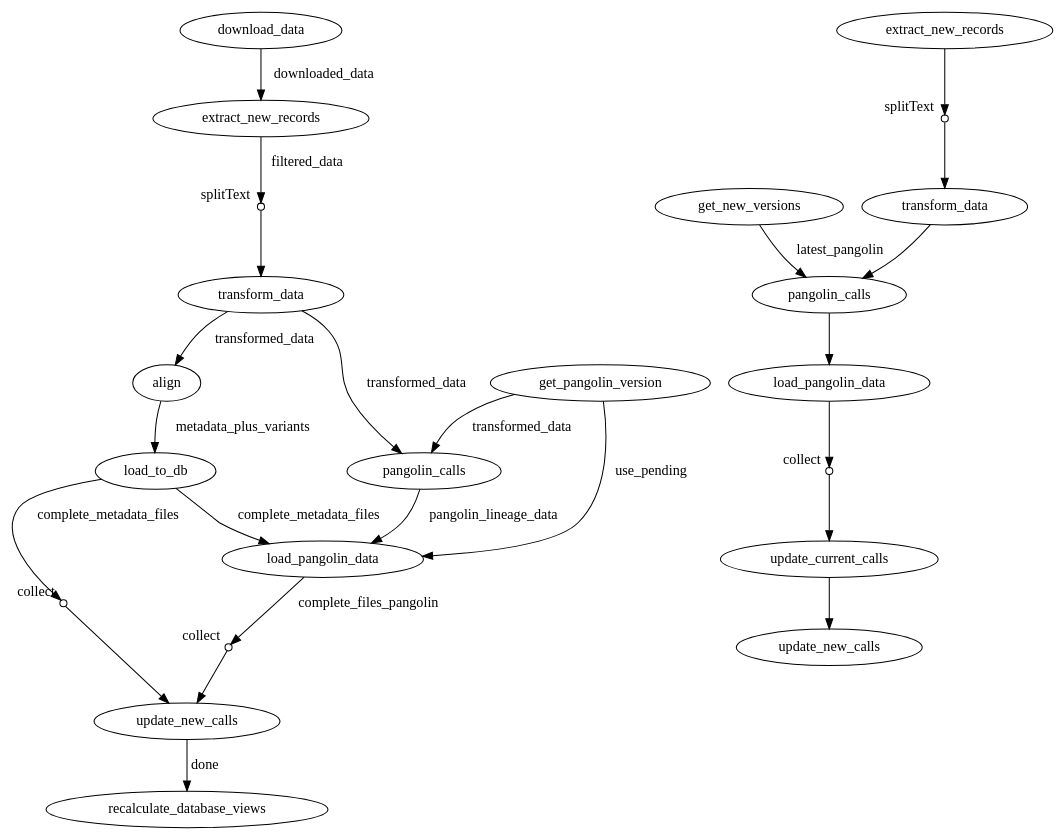
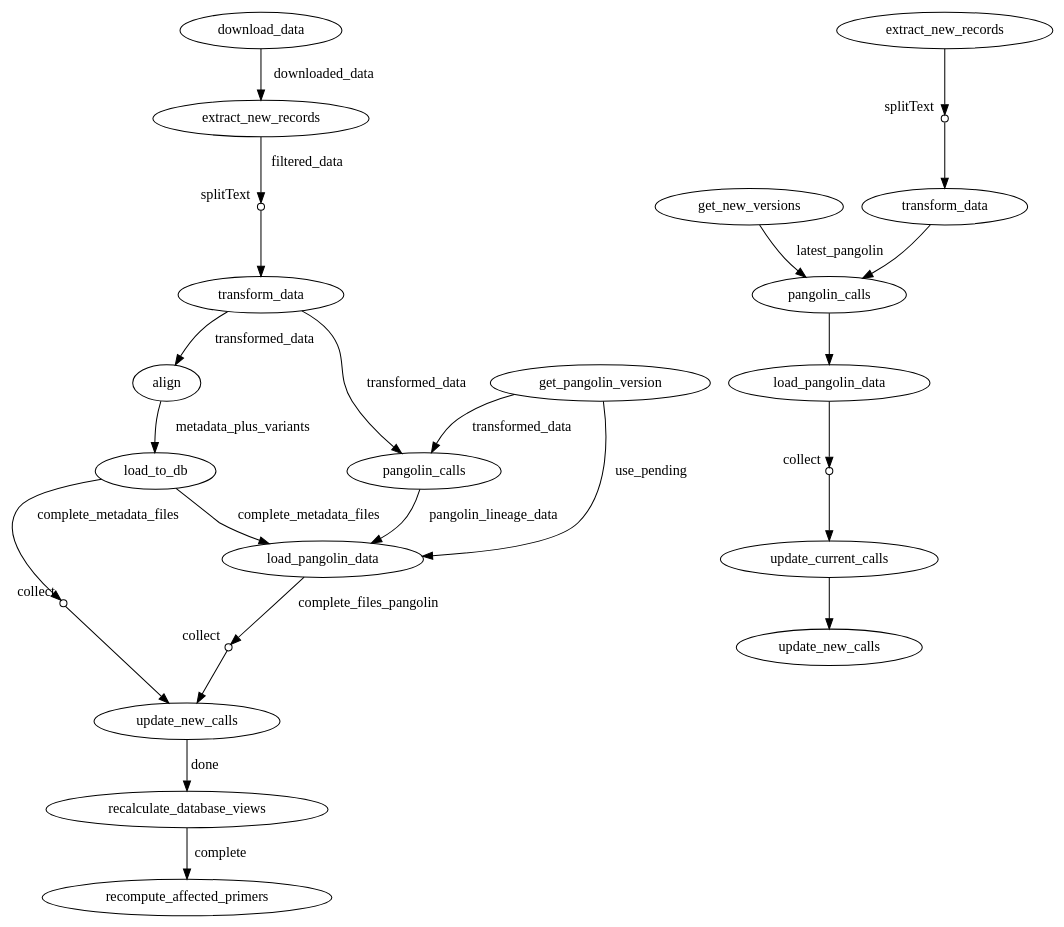
Before and after one commit to nebiolabs/primer_monitor: the diagram in pipeline_documentation.dot, drawn with Graphviz. The commit also changed 1 other file, not shown here.

```diff
--- a/pipeline_documentation.dot
+++ b/pipeline_documentation.dot
@@ -1,92 +1,96 @@
 digraph "dag2023060551263985" {
 p0 [label="download_data"];
 p1 [label="extract_new_records"];
 p0 -> p1 [label="downloaded_data"];
 
 p1 [label="extract_new_records"];
 p2 [shape=circle,label="",fixedsize=true,width=0.1,xlabel="splitText"];
 p1 -> p2 [label="filtered_data"];
 
 p2 [shape=circle,label="",fixedsize=true,width=0.1,xlabel="splitText"];
 p3 [label="transform_data"];
 p2 -> p3;
 
 p3 [label="transform_data"];
 p4 [label="align"];
 p3 -> p4 [label="transformed_data"];
 
 p4 [label="align"];
 p5 [label="load_to_db"];
 p4 -> p5 [label="metadata_plus_variants"];
 
 p5 [label="load_to_db"];
 p9 [shape=circle,label="",fixedsize=true,width=0.1,xlabel="collect"];
 p5 -> p9 [label="complete_metadata_files"];
 
 p5 [label="load_to_db"];
 p8 [label="load_pangolin_data"];
 p5 -> p8 [label="complete_metadata_files"];
 
 p6 [label="get_pangolin_version"];
 p7 [label="pangolin_calls"];
 p6 -> p7 [label="transformed_data"];
 
 p3 -> p7 [label="transformed_data"];
 
 p7 [label="pangolin_calls"];
 p8 [label="load_pangolin_data"];
 p7 -> p8 [label="pangolin_lineage_data"];
 
 p6 [label="get_pangolin_version"];
 p8 [label="load_pangolin_data"];
 p6 -> p8 [label="use_pending"];
 
 p8 [label="load_pangolin_data"];
 p10 [shape=circle,label="",fixedsize=true,width=0.1,xlabel="collect"];
 p8 -> p10 [label="complete_files_pangolin"];
 
 p9 [shape=circle,label="",fixedsize=true,width=0.1,xlabel="collect"];
 p11 [label="update_new_calls"];
 p9 -> p11;
 
 p10 [shape=circle,label="",fixedsize=true,width=0.1,xlabel="collect"];
 p11 [label="update_new_calls"];
 p10 -> p11;
 
 p11 [label="update_new_calls"];
 p12 [label="recalculate_database_views"];
 p11 -> p12 [label="done"];
 
+p12 [label="recalculate_database_views"];
+p13 [label="recompute_affected_primers"];
+p12 -> p13 [label="complete"];
+
 p0b [label="get_new_versions"];
 p4b [label="pangolin_calls"];
 p0b -> p4b [label="latest_pangolin"];
 
 p1b [label="extract_new_records"];
 p2b [shape=circle,label="",fixedsize=true,width=0.1,xlabel="splitText"];
 p1b -> p2b;
 
 p2b [shape=circle,label="",fixedsize=true,width=0.1,xlabel="splitText"];
 p3b [label="transform_data"];
 p2b -> p3b;
 
 p3b [label="transform_data"];
 p4b [label="pangolin_calls"];
 p3b -> p4b;
 
 p4b [label="pangolin_calls"];
 p5b [label="load_pangolin_data"];
 p4b -> p5b;
 
 p5b [label="load_pangolin_data"];
 p6b [shape=circle,label="",fixedsize=true,width=0.1,xlabel="collect"];
 p5b -> p6b;
 
 p6b [shape=circle,label="",fixedsize=true,width=0.1,xlabel="collect"];
 p7b [label="update_current_calls"];
 p6b -> p7b;
 
 p7b [label="update_current_calls"];
 p8b [label="update_new_calls"];
 p7b -> p8b;
 
 }
```
